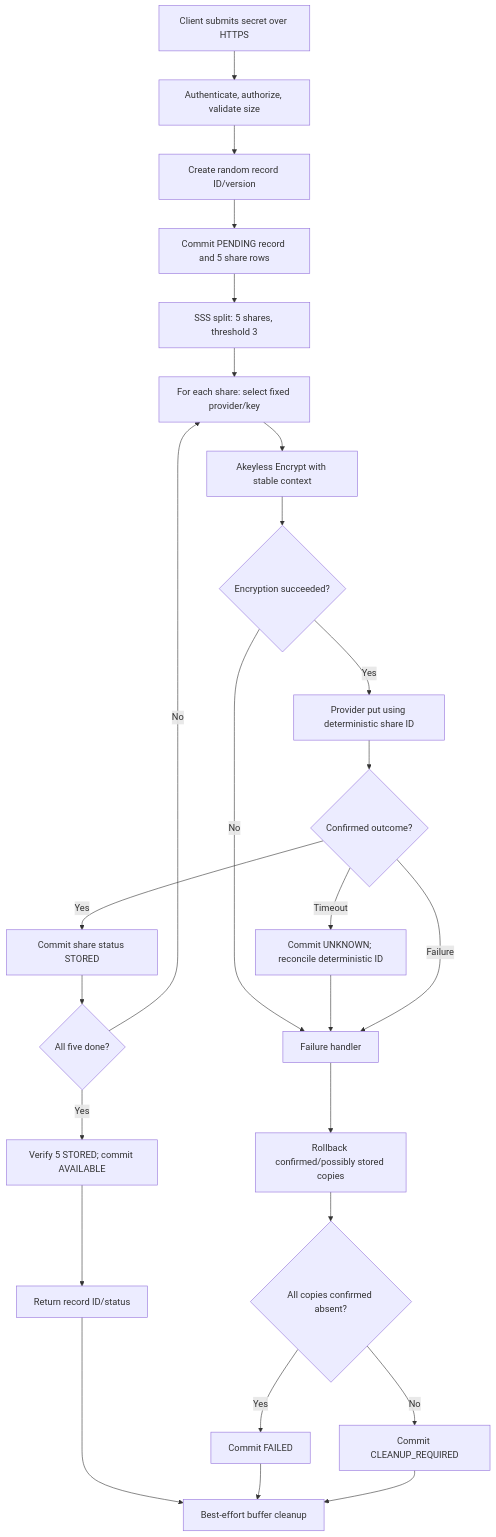
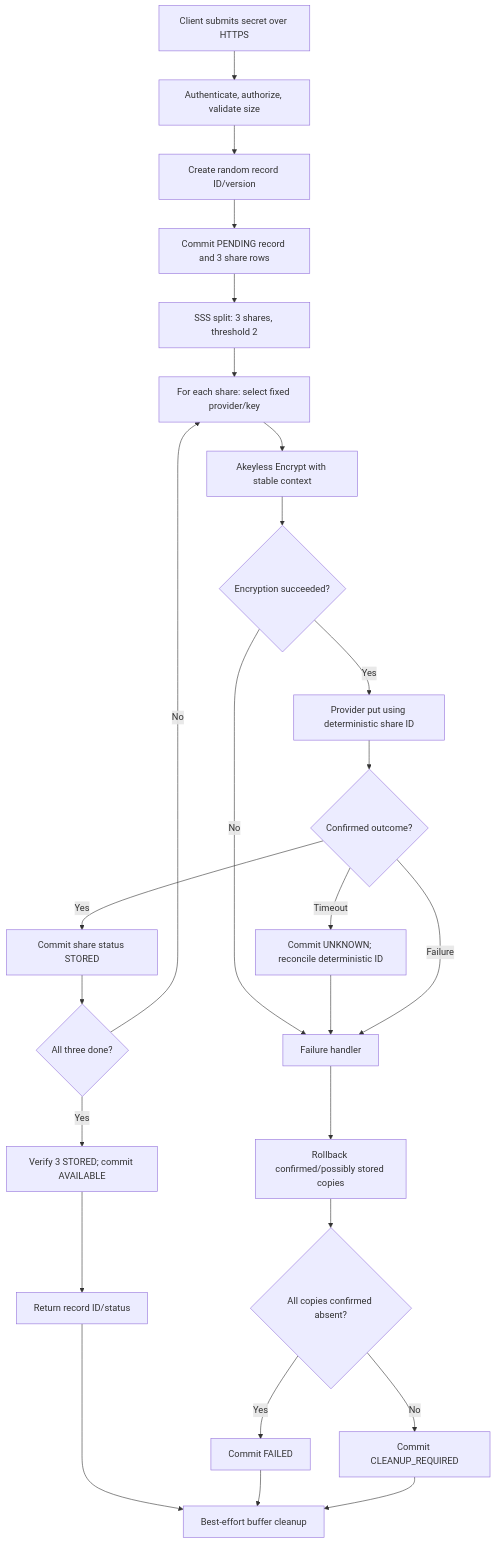
Before and after one commit to Raj-pratap07/Compromized: the diagram in docs/firefly-docs-pack/docs/diagrams/02-store.mmd, drawn with Mermaid. The commit also changed 69 other files, not shown here.

```diff
--- a/docs/firefly-docs-pack/docs/diagrams/02-store.mmd
+++ b/docs/firefly-docs-pack/docs/diagrams/02-store.mmd
@@ -1,26 +1,26 @@
 flowchart TD
     A[Client submits secret over HTTPS] --> B[Authenticate, authorize, validate size]
     B --> C[Create random record ID/version]
-    C --> D[Commit PENDING record and 5 share rows]
-    D --> E[SSS split: 5 shares, threshold 3]
+    C --> D[Commit PENDING record and 3 share rows]
+    D --> E[SSS split: 3 shares, threshold 2]
     E --> F[For each share: select fixed provider/key]
     F --> G[Akeyless Encrypt with stable context]
     G --> H{Encryption succeeded?}
     H -- No --> X[Failure handler]
     H -- Yes --> I[Provider put using deterministic share ID]
     I --> J{Confirmed outcome?}
     J -- Yes --> K[Commit share status STORED]
-    K --> L{All five done?}
+    K --> L{All three done?}
     L -- No --> F
-    L -- Yes --> M[Verify 5 STORED; commit AVAILABLE]
+    L -- Yes --> M[Verify 3 STORED; commit AVAILABLE]
     M --> N[Return record ID/status]
     J -- Timeout --> U[Commit UNKNOWN; reconcile deterministic ID]
     U --> X
     J -- Failure --> X
     X --> Y[Rollback confirmed/possibly stored copies]
     Y --> Z{All copies confirmed absent?}
     Z -- Yes --> Q[Commit FAILED]
     Z -- No --> R[Commit CLEANUP_REQUIRED]
     N --> C1[Best-effort buffer cleanup]
     Q --> C1
     R --> C1
```
